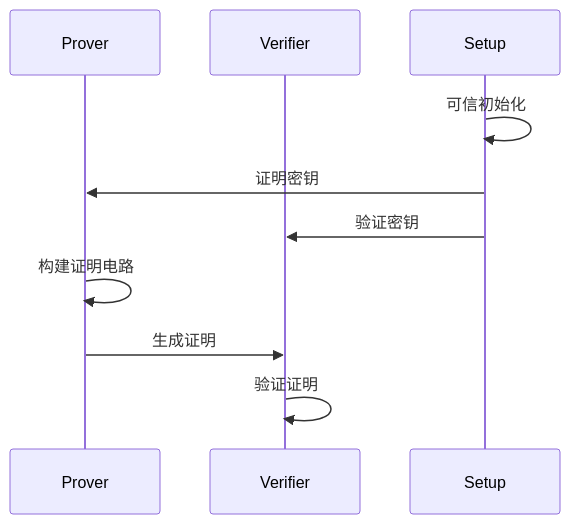
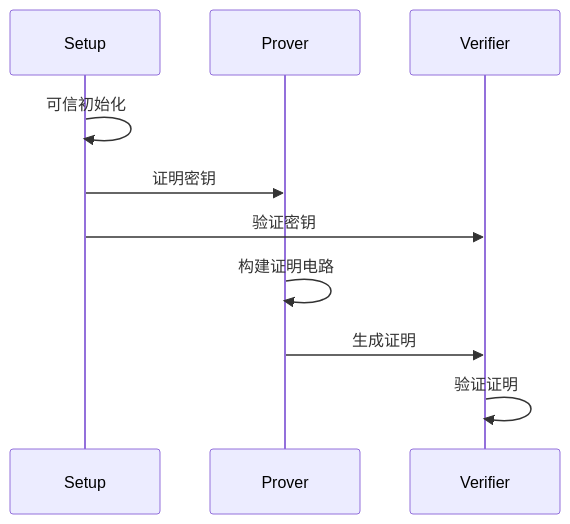
Before and after one commit to CJ-Labs/zk-study: the diagram in 1.认识zk.md, drawn with Mermaid. The commit also changed other lines of this file and 2 other files, not shown here.

````diff
--- a/1.认识zk.md
+++ b/1.认识zk.md
@@ -16,14 +21,14 @@
 ```mermaid
 sequenceDiagram
+    participant Setup
     participant Prover
     participant Verifier
-    participant Setup
 
     Setup->>Setup: 可信初始化
     Setup->>Prover: 证明密钥
     Setup->>Verifier: 验证密钥
     
     Prover->>Prover: 构建证明电路
     Prover->>Verifier: 生成证明
     Verifier->>Verifier: 验证证明
 ```
````
